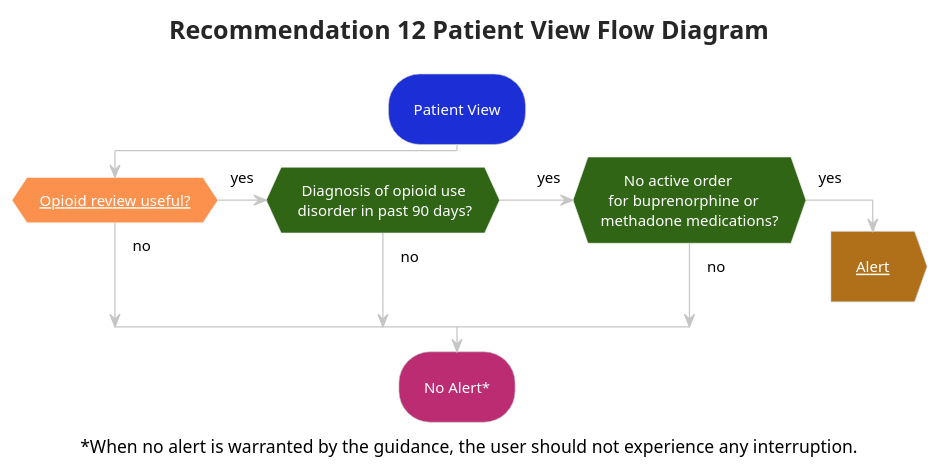
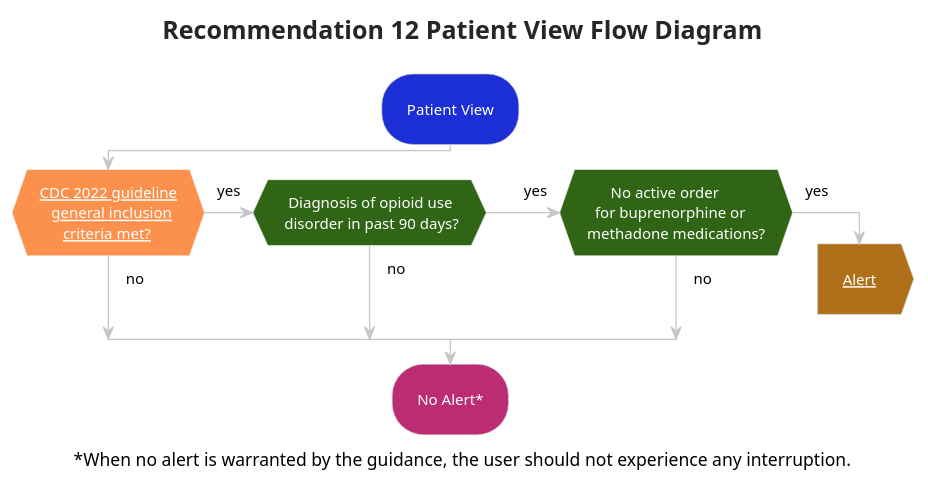
The diagram in input/images-source/flow_rec12_patientview.plantuml (cqframework/opioid-cds-r4), drawn with PlantUML before and after one commit. The commit also changed 87 other files, not shown here.

```diff
--- a/input/images-source/flow_rec12_patientview.plantuml
+++ b/input/images-source/flow_rec12_patientview.plantuml
@@ -1,27 +1,27 @@
 @startuml flow_rec12_patientview
 !theme carbon-gray
 skinparam hyperlinkColor white
 <style>
 activityDiagram {
  FontColor white
  RoundCorner 50
  arrow {
   FontColor: Black
  }
  diamond {
   BackgroundColor #306516
  }
 }
 </style>
 title Recommendation 12 Patient View Flow Diagram
 #1C2ED5:Patient View; 
-#fc914d:if ([[subroutines.html#opioid-review-useful Opioid review useful?]]) then (no)
+#fc914d:if ([[subroutines.html#cdc-2022-general-inclusion-criteria CDC 2022 guideline\n   general inclusion\n      criteria met?]]) then (no)
 (yes) elseif (  Diagnosis of opioid use\n disorder in past 90 days?) then (no)
 (yes) elseif (      No active order \n  for buprenorphine or \nmethadone medications?) then (no) 
 else (yes) 
 #b06f19:[[user-interaction-alerts.html#recommendation-12-alert Alert]];<<output>>
 kill
 endif
 #BC2C73:No Alert*;
 caption ~*When no alert is warranted by the guidance, the user should not experience any interruption.
 @enduml
```
